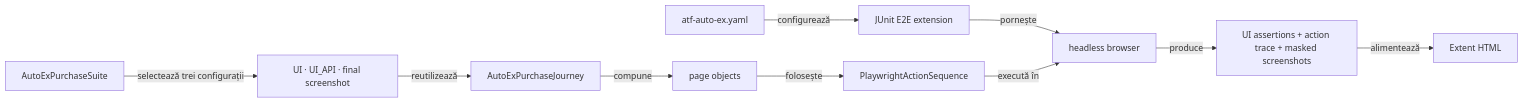
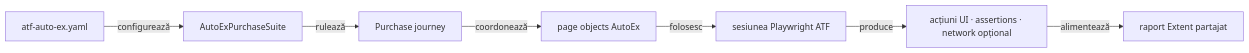
The diagram in atf-test-auto-ex/README.md (crististefanita/demo2), drawn with Mermaid before and after one commit. The commit also changed other lines of this file and 19 other files, not shown here.

````diff
--- a/atf-test-auto-ex/README.md
+++ b/atf-test-auto-ex/README.md
@@ -32,12 +16,9 @@
 ```mermaid
 flowchart LR
-    Config[atf-auto-ex.yaml] -->|configurează| Extension[JUnit E2E extension]
-    Suite[AutoExPurchaseSuite] -->|selectează trei configurații| Tests[UI · UI_API · final screenshot]
-    Tests -->|reutilizează| Journey[AutoExPurchaseJourney]
-    Journey -->|compune| Pages[page objects]
-    Pages -->|folosește| Actions[PlaywrightActionSequence]
-    Extension -->|pornește| Browser[headless browser]
-    Actions -->|execută în| Browser
-    Browser -->|produce| Evidence[UI assertions + action trace + masked screenshots]
-    Evidence -->|alimentează| Extent[Extent HTML]
+    Config[atf-auto-ex.yaml] -->|configurează| Suite[AutoExPurchaseSuite]
+    Suite -->|rulează| Journey[Purchase journey]
+    Journey -->|coordonează| Pages[page objects AutoEx]
+    Pages -->|folosesc| Browser[sesiunea Playwright ATF]
+    Browser -->|produce| Evidence[acțiuni UI · assertions · network opțional]
+    Evidence -->|alimentează| Report[raport Extent partajat]
 ```
````
